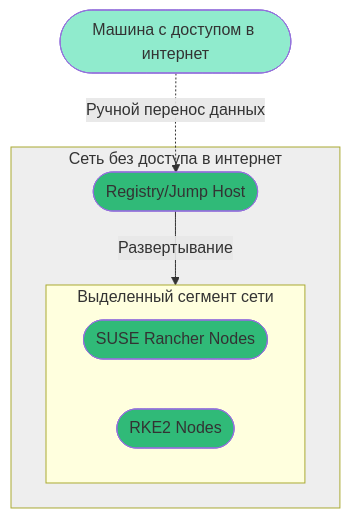
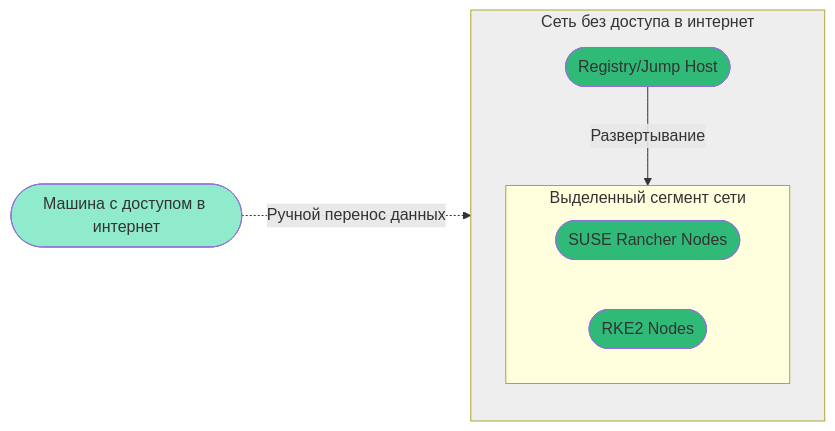
One commit to ppzhukov/airgap-10.2022 changed the diagram in README.md. Above: the diagram before and after it, drawn with Mermaid.

````diff
--- a/README.md
+++ b/README.md
@@ -5,19 +5,20 @@
 ```mermaid
-flowchart TB
+flowchart LR
 style id1 fill:#90EBCD
 style id2 fill:#30BA78
 style id3 fill:#30BA78
 style id4 fill:#30BA78
 style d10 fill:#EEEEEE
 
   id1([Машина с доступом в интернет])
   id1 -.Ручной перенос данных.-> id2  
   subgraph d10 ["Сеть без доступа в интернет"]
+  direction TB
     id2(["Registry/Jump Host"])
     id2 --> |Развертывание| d30
     subgraph d30 ["Выделенный сегмент сети"]
       id3([SUSE Rancher Nodes])
       id4([RKE2 Nodes])
     end
   end
 ```
````
